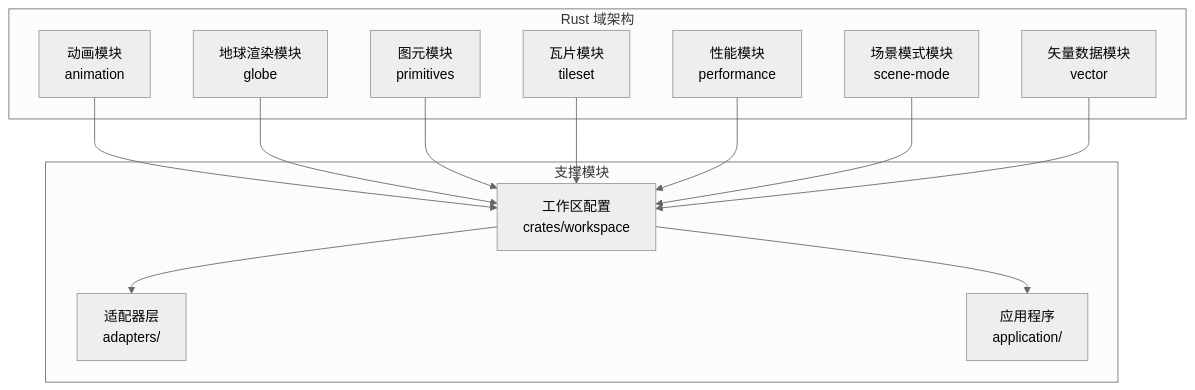
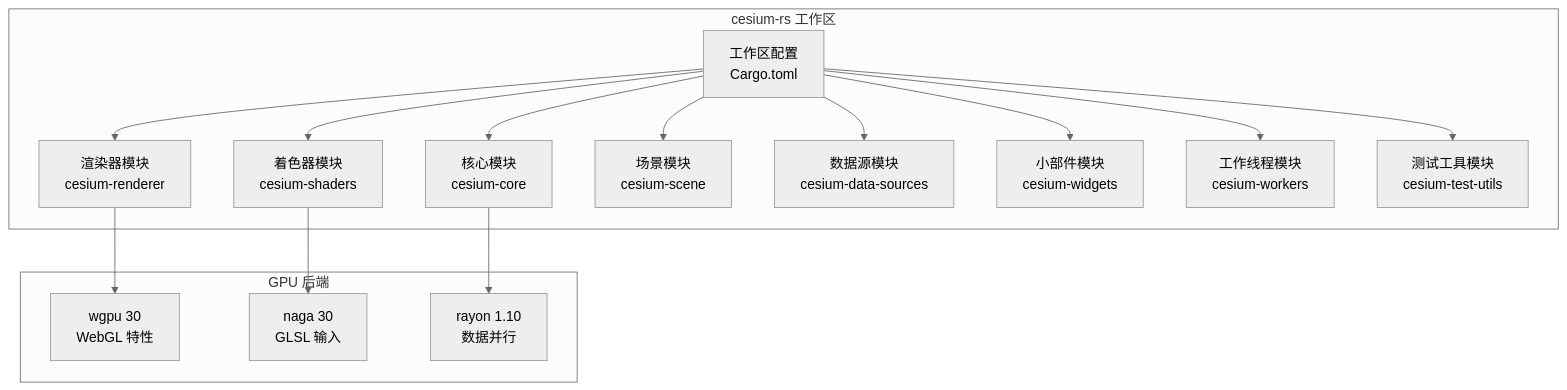
The second of 10 diagrams in .qoder/repowiki/zh/content/项目概述/技术栈.md (rzhangjing/cesium), drawn with Mermaid (neutral theme) before and after one commit. The commit also changed other lines of this file and 1321 other files, not shown here.

````diff
--- a/.qoder/repowiki/zh/content/项目概述/技术栈.md
+++ b/.qoder/repowiki/zh/content/项目概述/技术栈.md
@@ -207,26 +211,30 @@
 ```mermaid
 graph TB
-subgraph "Rust 域架构"
-ANIM["动画模块<br/>animation"]
-GLOBE["地球渲染模块<br/>globe"]
-PRIM["图元模块<br/>primitives"]
-TILE["瓦片模块<br/>tileset"]
-PERF["性能模块<br/>performance"]
-SCENE["场景模式模块<br/>scene-mode"]
-VECTOR["矢量数据模块<br/>vector"]
+subgraph "cesium-rs 工作区"
+WORKSPACE["工作区配置<br/>Cargo.toml"]
+CORE["核心模块<br/>cesium-core"]
+RENDERER["渲染器模块<br/>cesium-renderer"]
+SHADERS["着色器模块<br/>cesium-shaders"]
+SCENE["场景模块<br/>cesium-scene"]
+DATASOURCES["数据源模块<br/>cesium-data-sources"]
+WIDGETS["小部件模块<br/>cesium-widgets"]
+WORKERS["工作线程模块<br/>cesium-workers"]
+TESTUTILS["测试工具模块<br/>cesium-test-utils"]
 end
-subgraph "支撑模块"
-CRATE_WORKSPACE["工作区配置<br/>crates/workspace"]
-ADAPTERS["适配器层<br/>adapters/"]
-APP["应用程序<br/>application/"]
+subgraph "GPU 后端"
+WGPU["wgpu 30<br/>WebGL 特性"]
+NAGA["naga 30<br/>GLSL 输入"]
+RAYON["rayon 1.10<br/>数据并行"]
 end
-ANIM --> CRATE_WORKSPACE
-GLOBE --> CRATE_WORKSPACE
-PRIM --> CRATE_WORKSPACE
-TILE --> CRATE_WORKSPACE
-PERF --> CRATE_WORKSPACE
-SCENE --> CRATE_WORKSPACE
-VECTOR --> CRATE_WORKSPACE
-CRATE_WORKSPACE --> ADAPTERS
-CRATE_WORKSPACE --> APP
+WORKSPACE --> CORE
+WORKSPACE --> RENDERER
+WORKSPACE --> SHADERS
+WORKSPACE --> SCENE
+WORKSPACE --> DATASOURCES
+WORKSPACE --> WIDGETS
+WORKSPACE --> WORKERS
+WORKSPACE --> TESTUTILS
+RENDERER --> WGPU
+SHADERS --> NAGA
+CORE --> RAYON
 ```
````
